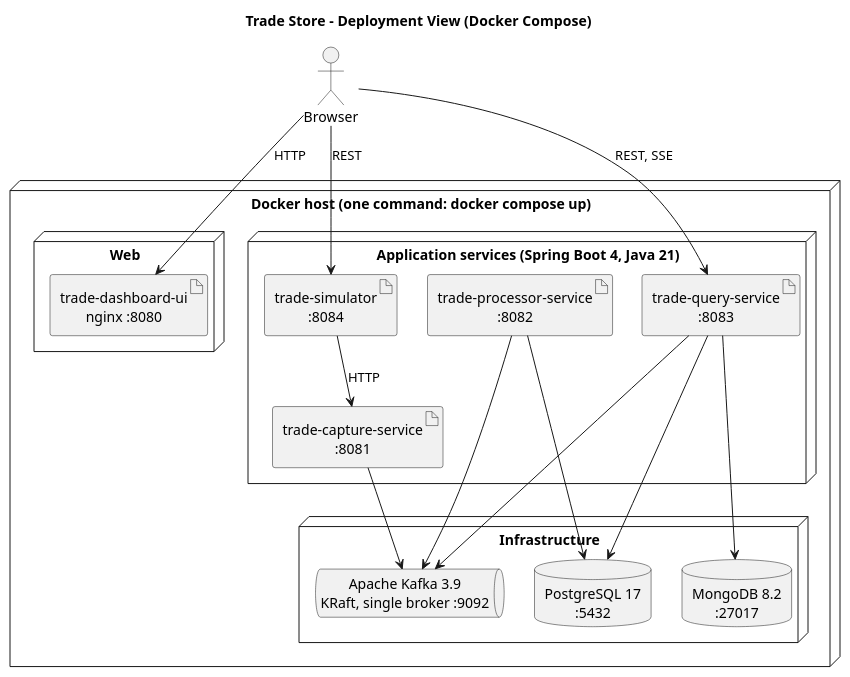
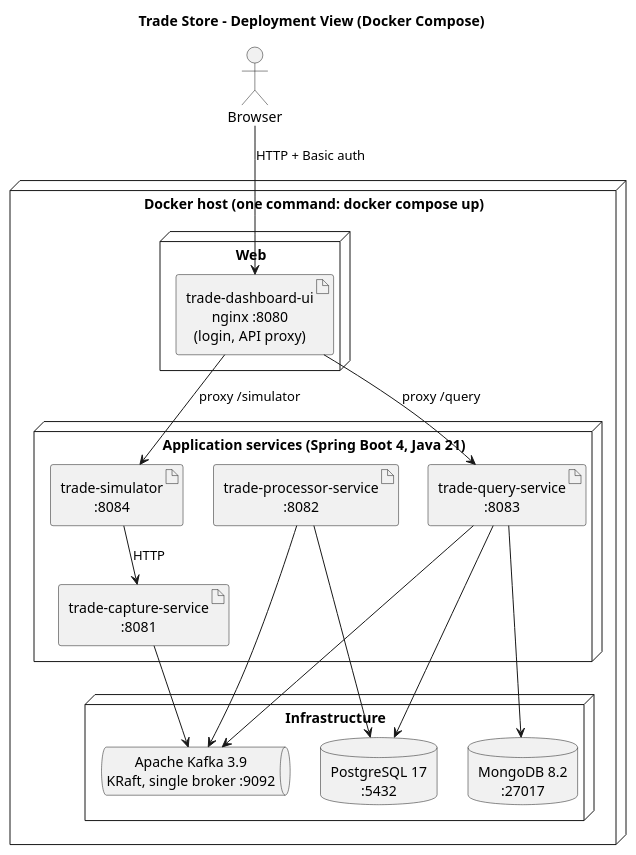
Before and after one commit to vijaydixitffis/dws-trade-app: the diagram in docs/diagrams/deployment.puml, drawn with PlantUML. The commit also changed 18 other files, not shown here.

Commit message:
feat: dashboard behind Basic auth via nginx proxy; HLD known issue and recommended authN/authZ design

```diff
--- a/docs/diagrams/deployment.puml
+++ b/docs/diagrams/deployment.puml
@@ -1,37 +1,37 @@
 @startuml deployment
 title Trade Store - Deployment View (Docker Compose)
 skinparam defaultTextAlignment center
 skinparam nodesep 30
 skinparam ranksep 40
 top to bottom direction
 
 actor "Browser" as browser
 
 node "Docker host (one command: docker compose up)" as host {
   node "Web" as web {
-    artifact "trade-dashboard-ui\nnginx :8080" as ui
+    artifact "trade-dashboard-ui\nnginx :8080\n(login, API proxy)" as ui
   }
   node "Application services (Spring Boot 4, Java 21)" as apps {
     artifact "trade-capture-service\n:8081" as capture
     artifact "trade-processor-service\n:8082" as processor
     artifact "trade-query-service\n:8083" as query
     artifact "trade-simulator\n:8084" as sim
   }
   node "Infrastructure" as infra {
     queue "Apache Kafka 3.9\nKRaft, single broker :9092" as kafka
     database "PostgreSQL 17\n:5432" as pg
     database "MongoDB 8.2\n:27017" as mongo
   }
 }
 
-browser --> ui : HTTP
-browser --> query : REST, SSE
-browser --> sim : REST
+browser --> ui : HTTP + Basic auth
+ui --> query : proxy /query
+ui --> sim : proxy /simulator
 sim --> capture : HTTP
 capture --> kafka
 processor --> kafka
 query --> kafka
 processor --> pg
 query --> pg
 query --> mongo
 @enduml
```
